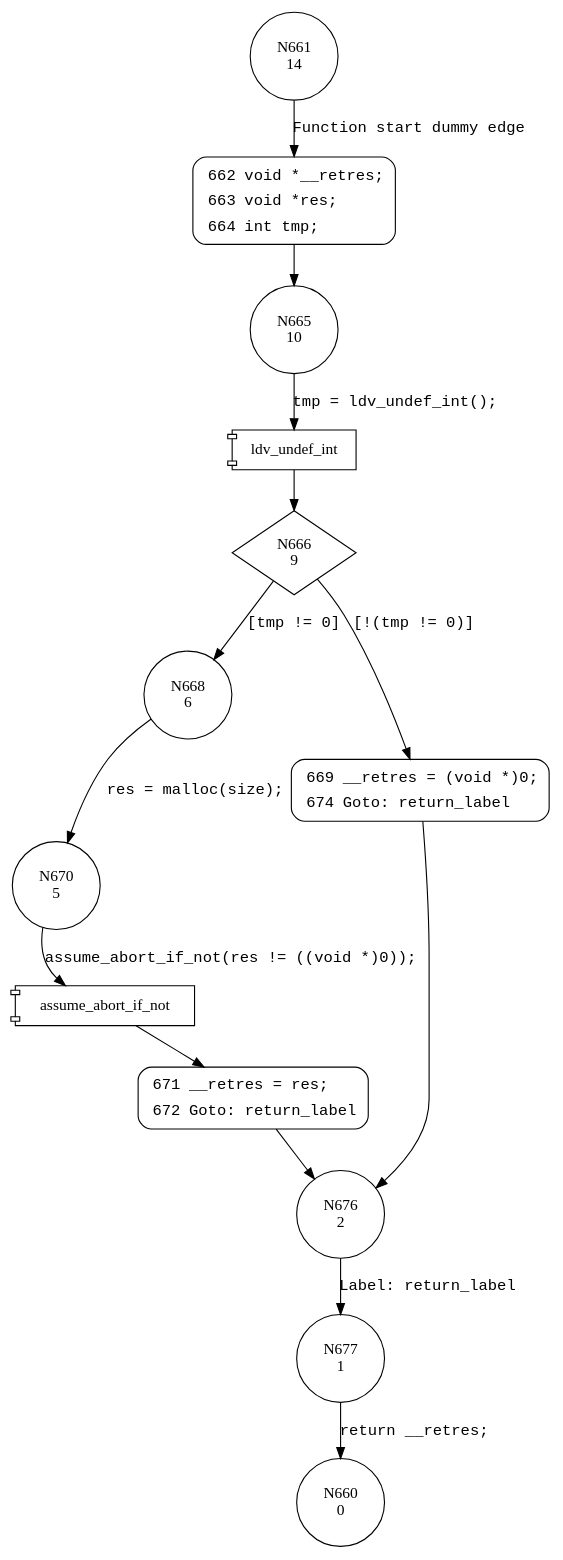
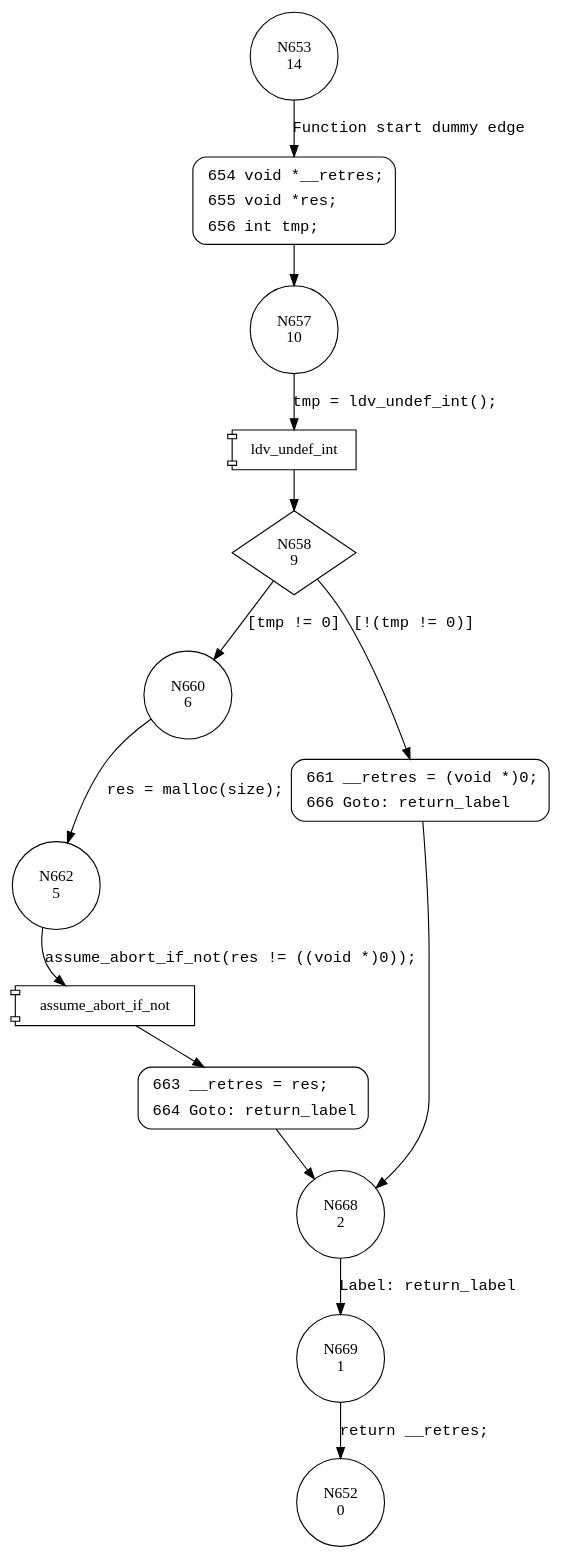
One commit to rifatbit0401/svcomp changed the diagram in Juliet_Test_Copy_1/output/cfa/cfa__ldv_reference_malloc.dot. Above: the diagram before and after it, drawn with Graphviz. The commit also changed 73 other files, not shown here.

```diff
--- a/Juliet_Test_Copy_1/output/cfa/cfa__ldv_reference_malloc.dot
+++ b/Juliet_Test_Copy_1/output/cfa/cfa__ldv_reference_malloc.dot
@@ -1,31 +1,31 @@
 digraph ldv_reference_malloc {
-661 [shape="circle" label="N661\n14"]
-662 [shape="circle" label="N662\n13"]
-665 [shape="circle" label="N665\n10"]
-666 [shape="diamond" label="N666\n9"]
-668 [shape="circle" label="N668\n6"]
-669 [shape="circle" label="N669\n8"]
-676 [shape="circle" label="N676\n2"]
-677 [shape="circle" label="N677\n1"]
-670 [shape="circle" label="N670\n5"]
-671 [shape="circle" label="N671\n4"]
-660 [shape="circle" label="N660\n0"]
-662 [style="filled,bold" penwidth="1" fillcolor="white" fontname="Courier New" shape="Mrecord" label=<<table border="0" cellborder="0" cellpadding="3" bgcolor="white"><tr><td align="right">662</td><td align="left">void *__retres;</td></tr><tr><td align="right">663</td><td align="left">void *res;</td></tr><tr><td align="right">664</td><td align="left">int tmp;</td></tr></table>>]
-662 -> 665[label=""]
-669 [style="filled,bold" penwidth="1" fillcolor="white" fontname="Courier New" shape="Mrecord" label=<<table border="0" cellborder="0" cellpadding="3" bgcolor="white"><tr><td align="right">669</td><td align="left">__retres = (void *)0;</td></tr><tr><td align="right">674</td><td align="left">Goto: return_label</td></tr></table>>]
-669 -> 676[label=""]
-671 [style="filled,bold" penwidth="1" fillcolor="white" fontname="Courier New" shape="Mrecord" label=<<table border="0" cellborder="0" cellpadding="3" bgcolor="white"><tr><td align="right">671</td><td align="left">__retres = res;</td></tr><tr><td align="right">672</td><td align="left">Goto: return_label</td></tr></table>>]
-671 -> 676[label=""]
-661 -> 662 [label="Function start dummy edge" fontname="Courier New"]
-100014 [shape="component" label="ldv_undef_int"]
-665 -> 100014 [label="tmp = ldv_undef_int();" fontname="Courier New"]
-100014 -> 666 [label="" fontname="Courier New"]
-666 -> 668 [label="[tmp != 0]" fontname="Courier New"]
-666 -> 669 [label="[!(tmp != 0)]" fontname="Courier New"]
-676 -> 677 [label="Label: return_label" fontname="Courier New"]
-668 -> 670 [label="res = malloc(size);" fontname="Courier New"]
-100015 [shape="component" label="assume_abort_if_not"]
-670 -> 100015 [label="assume_abort_if_not(res != ((void *)0));" fontname="Courier New"]
-100015 -> 671 [label="" fontname="Courier New"]
-677 -> 660 [label="return __retres;" fontname="Courier New"]
+653 [shape="circle" label="N653\n14"]
+654 [shape="circle" label="N654\n13"]
+657 [shape="circle" label="N657\n10"]
+658 [shape="diamond" label="N658\n9"]
+660 [shape="circle" label="N660\n6"]
+661 [shape="circle" label="N661\n8"]
+668 [shape="circle" label="N668\n2"]
+669 [shape="circle" label="N669\n1"]
+662 [shape="circle" label="N662\n5"]
+663 [shape="circle" label="N663\n4"]
+652 [shape="circle" label="N652\n0"]
+654 [style="filled,bold" penwidth="1" fillcolor="white" fontname="Courier New" shape="Mrecord" label=<<table border="0" cellborder="0" cellpadding="3" bgcolor="white"><tr><td align="right">654</td><td align="left">void *__retres;</td></tr><tr><td align="right">655</td><td align="left">void *res;</td></tr><tr><td align="right">656</td><td align="left">int tmp;</td></tr></table>>]
+654 -> 657[label=""]
+661 [style="filled,bold" penwidth="1" fillcolor="white" fontname="Courier New" shape="Mrecord" label=<<table border="0" cellborder="0" cellpadding="3" bgcolor="white"><tr><td align="right">661</td><td align="left">__retres = (void *)0;</td></tr><tr><td align="right">666</td><td align="left">Goto: return_label</td></tr></table>>]
+661 -> 668[label=""]
+663 [style="filled,bold" penwidth="1" fillcolor="white" fontname="Courier New" shape="Mrecord" label=<<table border="0" cellborder="0" cellpadding="3" bgcolor="white"><tr><td align="right">663</td><td align="left">__retres = res;</td></tr><tr><td align="right">664</td><td align="left">Goto: return_label</td></tr></table>>]
+663 -> 668[label=""]
+653 -> 654 [label="Function start dummy edge" fontname="Courier New"]
+100010 [shape="component" label="ldv_undef_int"]
+657 -> 100010 [label="tmp = ldv_undef_int();" fontname="Courier New"]
+100010 -> 658 [label="" fontname="Courier New"]
+658 -> 660 [label="[tmp != 0]" fontname="Courier New"]
+658 -> 661 [label="[!(tmp != 0)]" fontname="Courier New"]
+668 -> 669 [label="Label: return_label" fontname="Courier New"]
+660 -> 662 [label="res = malloc(size);" fontname="Courier New"]
+100011 [shape="component" label="assume_abort_if_not"]
+662 -> 100011 [label="assume_abort_if_not(res != ((void *)0));" fontname="Courier New"]
+100011 -> 663 [label="" fontname="Courier New"]
+669 -> 652 [label="return __retres;" fontname="Courier New"]
 }
```
